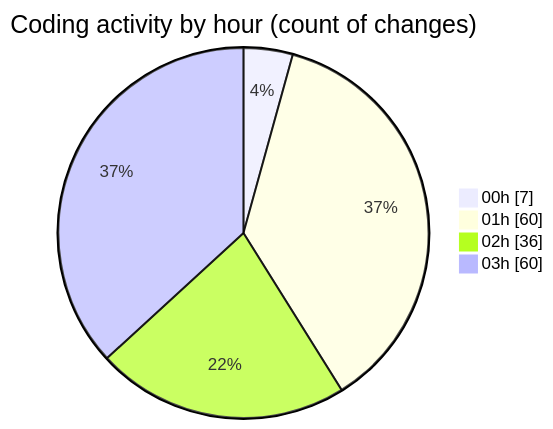
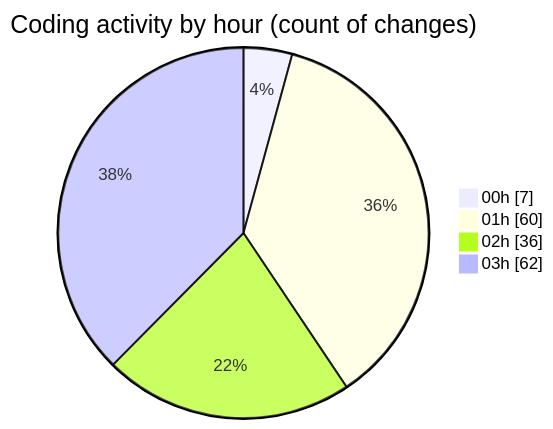
The second of 2 diagrams in 2025-10-07/eventscop-frontend-guide__workspace_/README.md (julien-gomy/code-tracking), drawn with Mermaid before and after one commit. The commit also changed other lines of this file and 1 other file, not shown here.

````diff
--- a/2025-10-07/eventscop-frontend-guide__workspace_/README.md
+++ b/2025-10-07/eventscop-frontend-guide__workspace_/README.md
@@ -92,8 +93,8 @@
 ```mermaid
 pie showData
 title Coding activity by hour (count of changes)
 "00h" : 7
 "01h" : 60
 "02h" : 36
-"03h" : 60
+"03h" : 62
 ```
````
